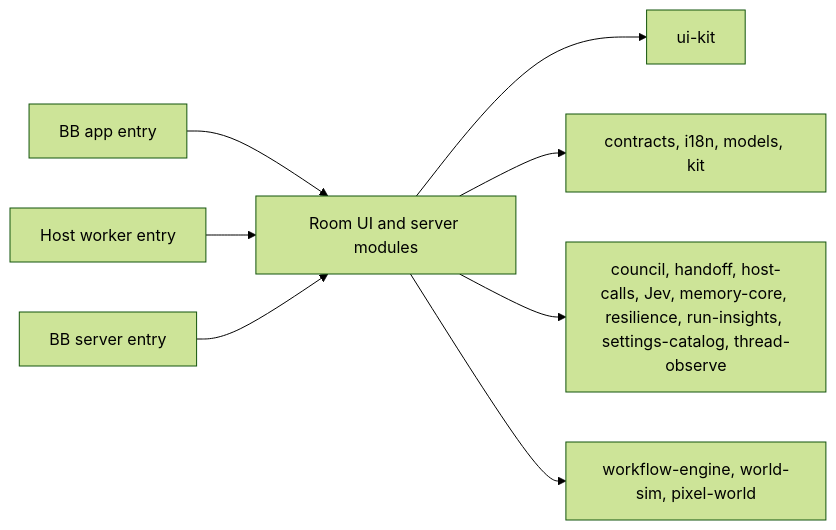
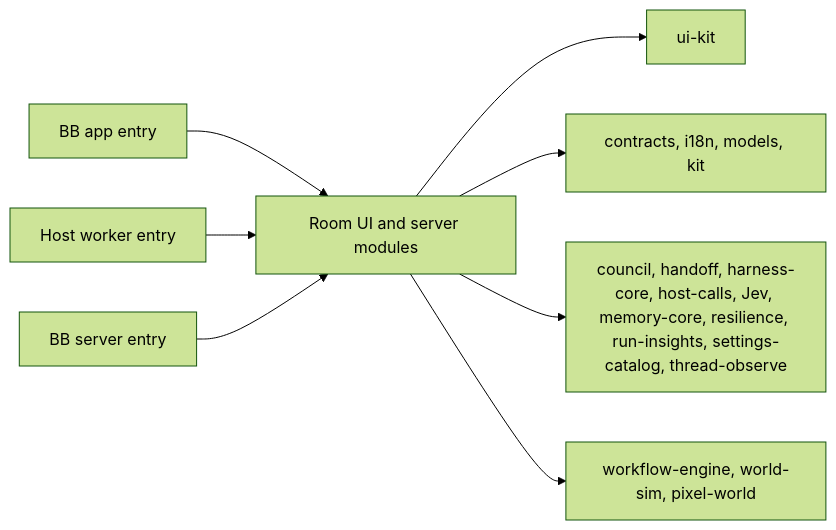
One commit to VKirill/bb-plugin-lane-pilot changed the second of 2 diagrams in docs/architecture.md. Above: the diagram before and after it, drawn with Mermaid (forest theme). The commit also changed other lines of this file and 15 other files, not shown here.

````diff
--- a/docs/architecture.md
+++ b/docs/architecture.md
@@ -67,18 +72,18 @@
 ```mermaid
 flowchart LR
   app[BB app entry]
   server[BB server entry]
   host[Host worker entry]
   rooms[Room UI and server modules]
   ui[ui-kit]
   shared[contracts, i18n, models, kit]
-  domains[council, handoff, host-calls, Jev, memory-core, resilience, run-insights, settings-catalog, thread-observe]
+  domains[council, handoff, harness-core, host-calls, Jev, memory-core, resilience, run-insights, settings-catalog, thread-observe]
   engines[workflow-engine, world-sim, pixel-world]
   app --> rooms
   host --> rooms
   rooms --> ui
   rooms --> shared
   server --> rooms
   rooms --> domains
   rooms --> engines
 ```
````
